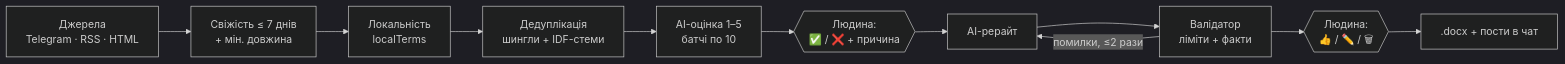
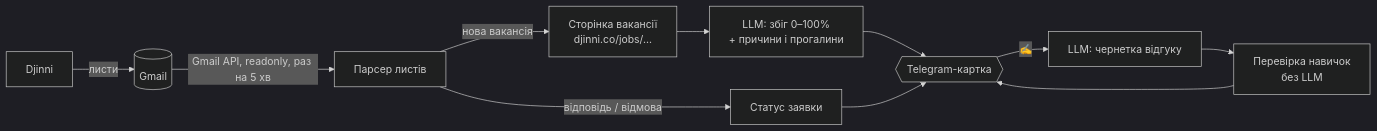
The diagram in README.md (Msk3123/tgJobBot), drawn with Mermaid (dark theme) before and after one commit. The commit also changed other lines of this file and 4 other files, not shown here.

````diff
--- a/README.md
+++ b/README.md
@@ -18,13 +9,13 @@
 ```mermaid
 flowchart LR
-    S[Джерела<br/>Telegram · RSS · HTML] --> F[Свіжість ≤ 7 днів<br/>+ мін. довжина]
-    F --> L[Локальність<br/>localTerms]
-    L --> D[Дедуплікація<br/>шингли + IDF-стеми]
-    D --> A[AI-оцінка 1–5<br/>батчі по 10]
-    A --> H{{Людина:<br/>✅ / ❌ + причина}}
-    H --> R[AI-рерайт]
-    R --> V[Валідатор<br/>ліміти + факти]
-    V -- помилки, ≤2 рази --> R
-    V --> H2{{Людина:<br/>👍 / ✏️ / 🗑}}
-    H2 --> E[.docx + пости в чат]
+    D[Djinni] -- листи --> G[(Gmail)]
+    G -- Gmail API, readonly, раз на 5 хв --> P[Парсер листів]
+    P -->|нова вакансія| F[Сторінка вакансії<br/>djinni.co/jobs/…]
+    F --> S[LLM: збіг 0–100%<br/>+ причини і прогалини]
+    P -->|відповідь / відмова| C[Статус заявки]
+    S --> T{{Telegram-картка}}
+    C --> T
+    T -- ✍️ --> W[LLM: чернетка відгуку]
+    W --> K[Перевірка навичок<br/>без LLM]
+    K --> T
 ```
````
